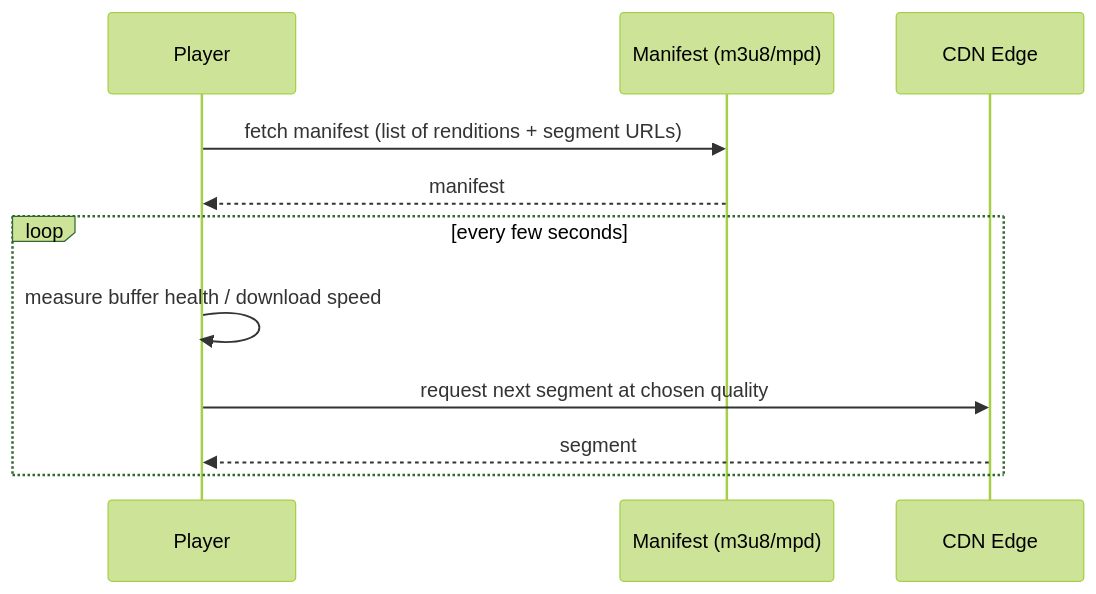
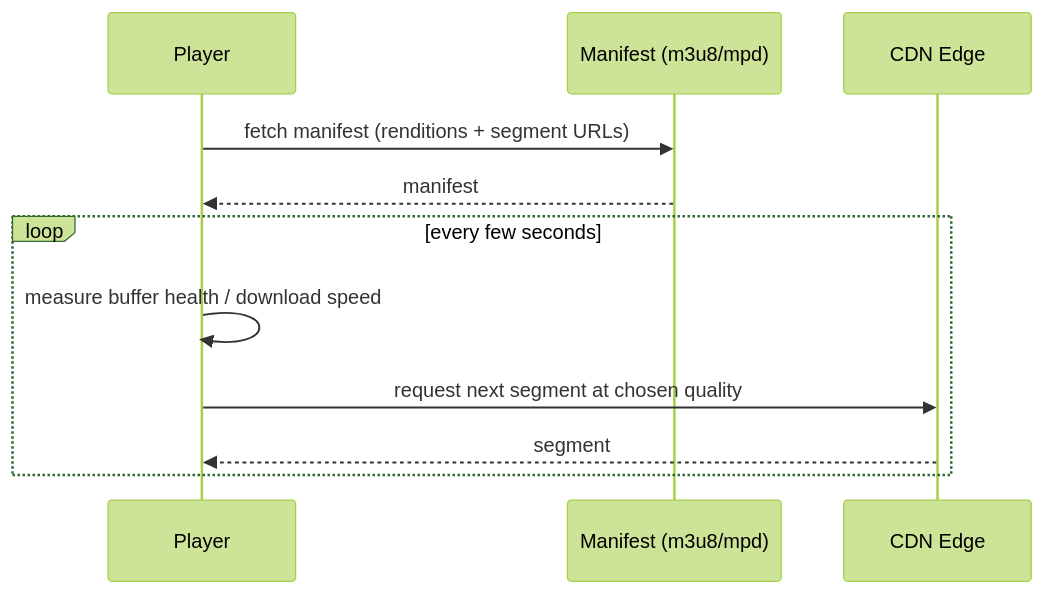
Before and after one commit to tarosh3/obsidian: the second of 3 diagrams in System Design/HLD/09 - Design YouTube - Netflix/Design YouTube - Netflix.md, drawn with Mermaid (forest theme). The commit also changed other lines of this file and 30 other files, not shown here.

````diff
--- a/System Design/HLD/09 - Design YouTube - Netflix/Design YouTube - Netflix.md
+++ b/System Design/HLD/09 - Design YouTube - Netflix/Design YouTube - Netflix.md
@@ -55,14 +100,14 @@
 ```mermaid
 sequenceDiagram
     participant P as Player
     participant M as Manifest (m3u8/mpd)
     participant CDN as CDN Edge
 
-    P->>M: fetch manifest (list of renditions + segment URLs)
+    P->>M: fetch manifest (renditions + segment URLs)
     M-->>P: manifest
     loop every few seconds
         P->>P: measure buffer health / download speed
         P->>CDN: request next segment at chosen quality
         CDN-->>P: segment
     end
 ```
````
